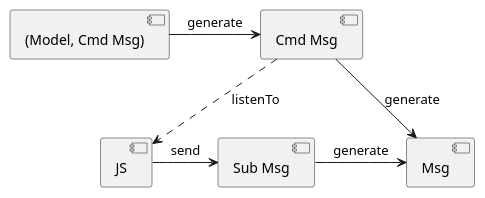
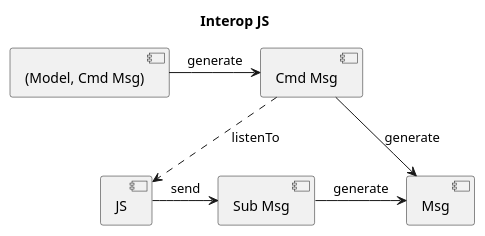
The second of 5 diagrams in elm-okta-idp/README.org (hw-hello-world/okta-signin-widget-apps), drawn with PlantUML before and after one commit. The commit also changed other lines of this file and 13 other files, not shown here.

```diff
--- a/elm-okta-idp/README.org
+++ b/elm-okta-idp/README.org
@@ -31,9 +32,10 @@
-#+BEGIN_SRC plantuml :file data/elm-arch-io-js.svg
+#+BEGIN_SRC plantuml :file data/elm-arch-interop-js.svg
+title: Interop JS
 
 [(Model, Cmd Msg)] -> [Cmd Msg]: generate
 [Cmd Msg] ..> [JS] : listenTo
 [JS] -> [Sub Msg] : send
 [Cmd Msg] -> [Msg]: generate
 [Sub Msg] -> [Msg]: generate
 
 #+END_SRC
```
